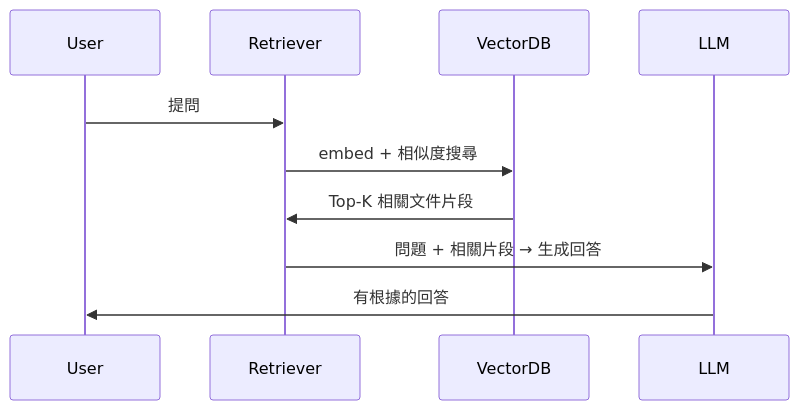
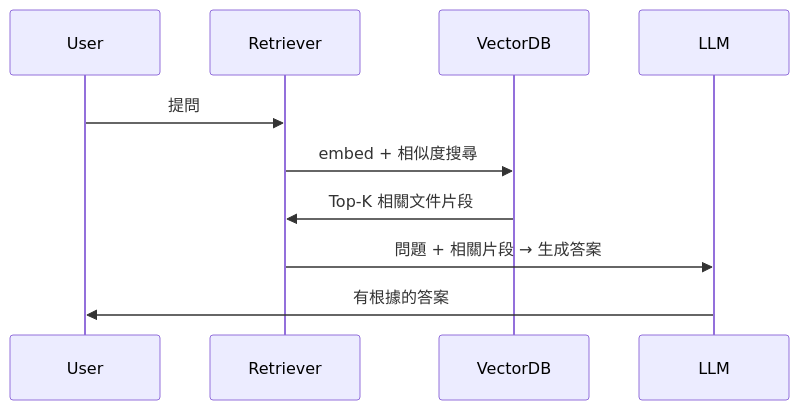
Before and after one commit to a920604a/engineernews: the second of 4 diagrams in src/content/posts/learning/2026-05-05-stanford-beyond-llm-agentic-workflow.md, drawn with Mermaid. The commit also changed 4 other files, not shown here.

Commit message:
fix: auto-fix mermaid syntax errors in posts

````diff
--- a/src/content/posts/learning/2026-05-05-stanford-beyond-llm-agentic-workflow.md
+++ b/src/content/posts/learning/2026-05-05-stanford-beyond-llm-agentic-workflow.md
@@ -75,12 +75,12 @@
 ```mermaid
 sequenceDiagram
   participant User
   participant Retriever
   participant VectorDB
   participant LLM
   User->>Retriever: 提問
   Retriever->>VectorDB: embed + 相似度搜尋
   VectorDB->>Retriever: Top-K 相關文件片段
-  Retriever->>LLM: 問題 + 相關片段 → 生成回答
-  LLM->>User: 有根據的回答
+  Retriever->>LLM: 問題 + 相關片段 → 生成答案
+  LLM->>User: 有根據的答案
 ```
````
